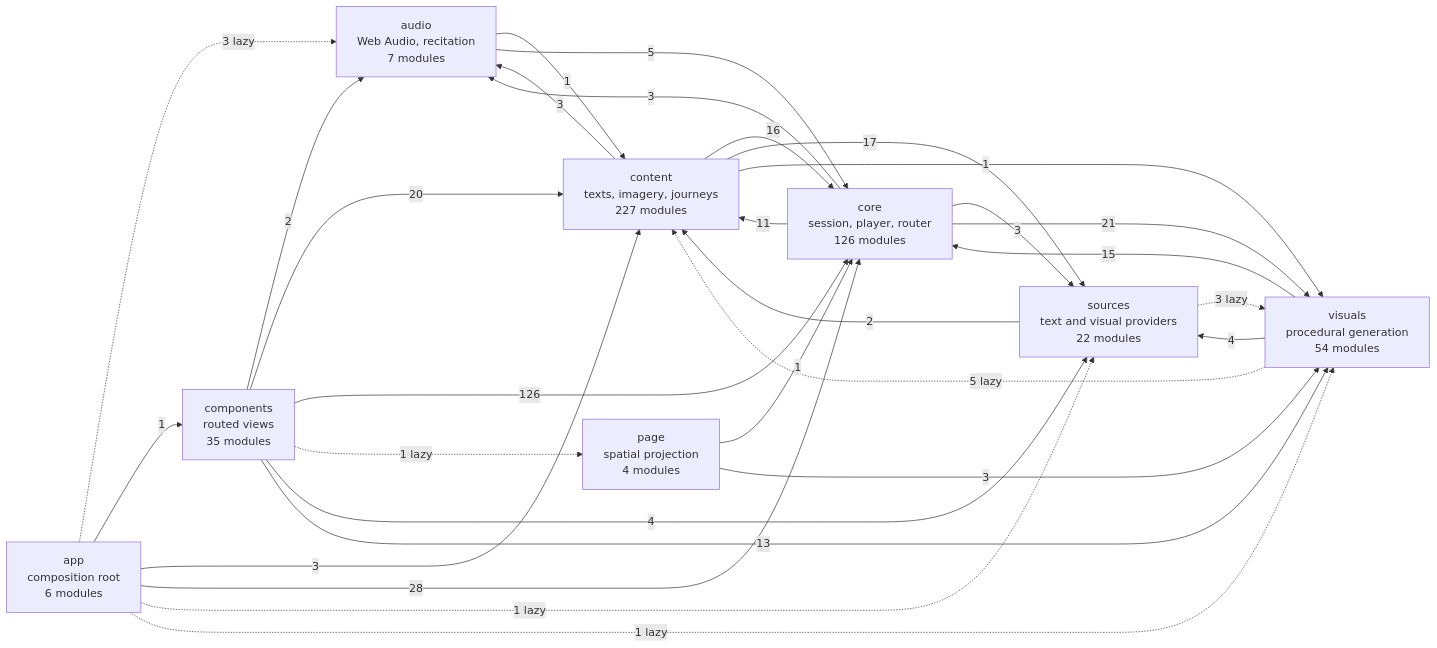
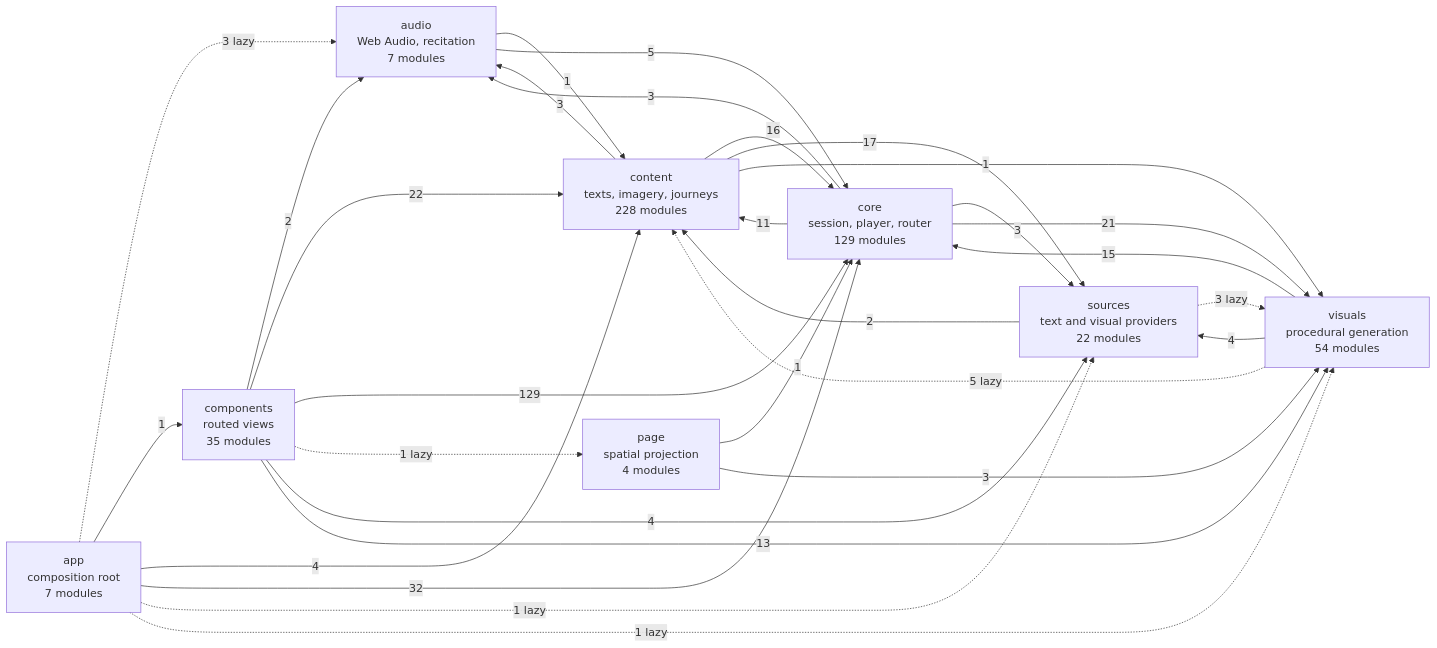
The diagram in docs/specs/ARCHITECTURE.md (SyberLabs/RISE), drawn with Mermaid before and after one commit. The commit also changed 39 other files, not shown here.

First line of the commit message:
Add sequence pilot and Jev scene sample (#234)

````diff
--- a/docs/specs/ARCHITECTURE.md
+++ b/docs/specs/ARCHITECTURE.md
@@ -160,41 +160,41 @@
 ```mermaid
 flowchart LR
-    app["app<br/>composition root<br/>6 modules"]
+    app["app<br/>composition root<br/>7 modules"]
     audio["audio<br/>Web Audio, recitation<br/>7 modules"]
     components["components<br/>routed views<br/>35 modules"]
-    content["content<br/>texts, imagery, journeys<br/>227 modules"]
-    core["core<br/>session, player, router<br/>126 modules"]
+    content["content<br/>texts, imagery, journeys<br/>228 modules"]
+    core["core<br/>session, player, router<br/>129 modules"]
     page["page<br/>spatial projection<br/>4 modules"]
     sources["sources<br/>text and visual providers<br/>22 modules"]
     visuals["visuals<br/>procedural generation<br/>54 modules"]
 
     app -.-> |3 lazy| audio
     app --> |1| components
-    app --> |3| content
-    app --> |28| core
+    app --> |4| content
+    app --> |32| core
     app -.-> |1 lazy| sources
     app -.-> |1 lazy| visuals
     audio --> |1| content
     audio --> |5| core
     components --> |2| audio
-    components --> |20| content
-    components --> |126| core
+    components --> |22| content
+    components --> |129| core
     components -.-> |1 lazy| page
     components --> |4| sources
     components --> |13| visuals
     content --> |3| audio
     content --> |16| core
     content --> |17| sources
     content --> |1| visuals
     core --> |3| audio
     core --> |11| content
     core --> |3| sources
     core --> |21| visuals
     page --> |1| core
     page --> |3| visuals
     sources --> |2| content
     sources -.-> |3 lazy| visuals
     visuals -.-> |5 lazy| content
     visuals --> |15| core
     visuals --> |4| sources
 ```
````
